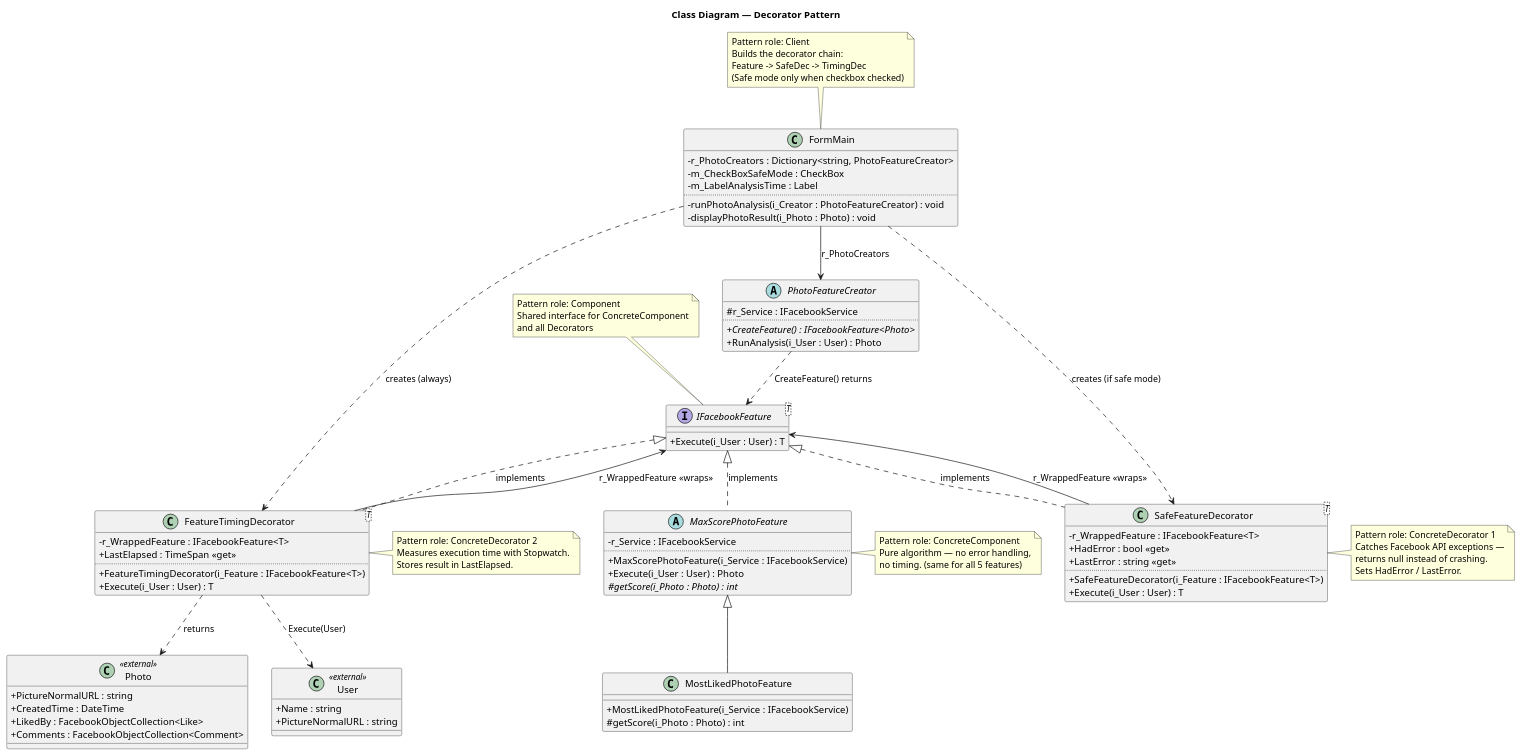
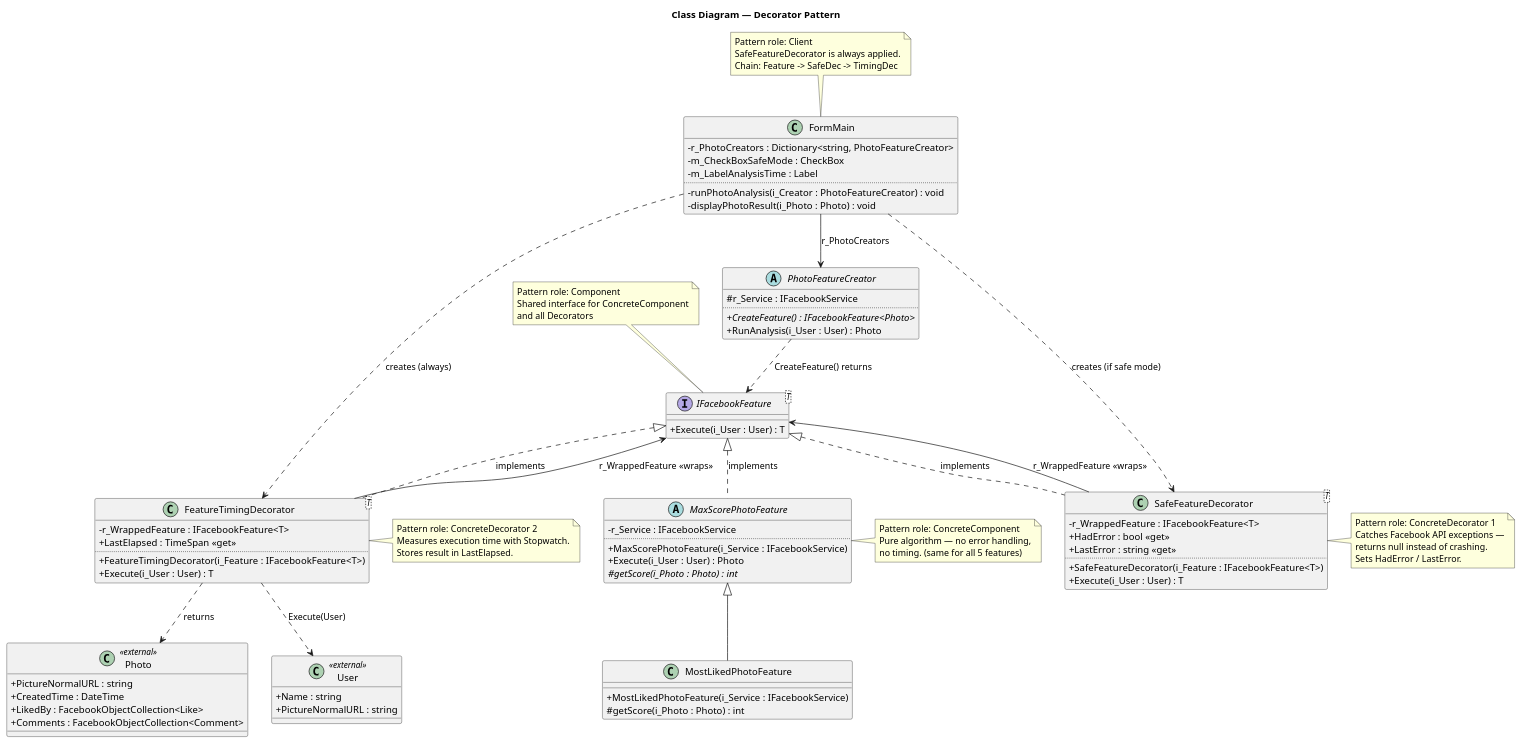
Before and after one commit to LotemKimchi/Application-Programming-Using-Design-Patterns: the diagram in Project3/B26 Ex03 LotemKimchi 318173481 ShaniSalomon 208573683 NEW/uml/Decorator_ClassDiagram.puml, drawn with PlantUML. The commit also changed 3 other files, not shown here.

First line of the commit message:
Fix UML diagrams per review feedback

```diff
--- a/Project3/B26 Ex03 LotemKimchi 318173481 ShaniSalomon 208573683 NEW/uml/Decorator_ClassDiagram.puml
+++ b/Project3/B26 Ex03 LotemKimchi 318173481 ShaniSalomon 208573683 NEW/uml/Decorator_ClassDiagram.puml
@@ -1,111 +1,110 @@
 @startuml
 title Class Diagram — Decorator Pattern
 
 skinparam classAttributeIconSize 0
 top to bottom direction
 
 interface "IFacebookFeature<T>" as IFeat {
     + Execute(i_User : User) : T
 }
 note top of IFeat
   Pattern role: Component
   Shared interface for ConcreteComponent
   and all Decorators
 end note
 
 abstract class MaxScorePhotoFeature {
     - r_Service : IFacebookService
     ..
     + MaxScorePhotoFeature(i_Service : IFacebookService)
     + Execute(i_User : User) : Photo
     # {abstract} getScore(i_Photo : Photo) : int
 }
 note right of MaxScorePhotoFeature
   Pattern role: ConcreteComponent
   Pure algorithm — no error handling,
   no timing. (same for all 5 features)
 end note
 
 class MostLikedPhotoFeature {
     + MostLikedPhotoFeature(i_Service : IFacebookService)
     # getScore(i_Photo : Photo) : int
 }
 
 class "SafeFeatureDecorator<T>" as SafeDec {
     - r_WrappedFeature : IFacebookFeature<T>
     + HadError : bool <<get>>
     + LastError : string <<get>>
     ..
     + SafeFeatureDecorator(i_Feature : IFacebookFeature<T>)
     + Execute(i_User : User) : T
 }
 note right of SafeDec
   Pattern role: ConcreteDecorator 1
   Catches Facebook API exceptions —
   returns null instead of crashing.
   Sets HadError / LastError.
 end note
 
 class "FeatureTimingDecorator<T>" as TimeDec {
     - r_WrappedFeature : IFacebookFeature<T>
     + LastElapsed : TimeSpan <<get>>
     ..
     + FeatureTimingDecorator(i_Feature : IFacebookFeature<T>)
     + Execute(i_User : User) : T
 }
 note right of TimeDec
   Pattern role: ConcreteDecorator 2
   Measures execution time with Stopwatch.
   Stores result in LastElapsed.
 end note
 
 class FormMain {
     - r_PhotoCreators : Dictionary<string, PhotoFeatureCreator>
     - m_CheckBoxSafeMode : CheckBox
     - m_LabelAnalysisTime : Label
     ..
     - runPhotoAnalysis(i_Creator : PhotoFeatureCreator) : void
     - displayPhotoResult(i_Photo : Photo) : void
 }
 note top of FormMain
   Pattern role: Client
-  Builds the decorator chain:
-  Feature -> SafeDec -> TimingDec
-  (Safe mode only when checkbox checked)
+  SafeFeatureDecorator is always applied.
+  Chain: Feature -> SafeDec -> TimingDec
 end note
 
 abstract class PhotoFeatureCreator {
     # r_Service : IFacebookService
     ..
     + {abstract} CreateFeature() : IFacebookFeature<Photo>
     + RunAnalysis(i_User : User) : Photo
 }
 
 class User <<external>> {
     + Name : string
     + PictureNormalURL : string
 }
 
 class Photo <<external>> {
     + PictureNormalURL : string
     + CreatedTime : DateTime
     + LikedBy : FacebookObjectCollection<Like>
     + Comments : FacebookObjectCollection<Comment>
 }
 
 IFeat <|.. MaxScorePhotoFeature : implements
 IFeat <|.. SafeDec : implements
 IFeat <|.. TimeDec : implements
 MaxScorePhotoFeature <|-- MostLikedPhotoFeature
 
 SafeDec --> IFeat : r_WrappedFeature <<wraps>>
 TimeDec --> IFeat : r_WrappedFeature <<wraps>>
 
 FormMain --> PhotoFeatureCreator : r_PhotoCreators
 PhotoFeatureCreator ..> IFeat : CreateFeature() returns
 FormMain ..> SafeDec : creates (if safe mode)
 FormMain ..> TimeDec : creates (always)
 TimeDec ..> User : Execute(User)
 TimeDec ..> Photo : returns
 
 @enduml
```
